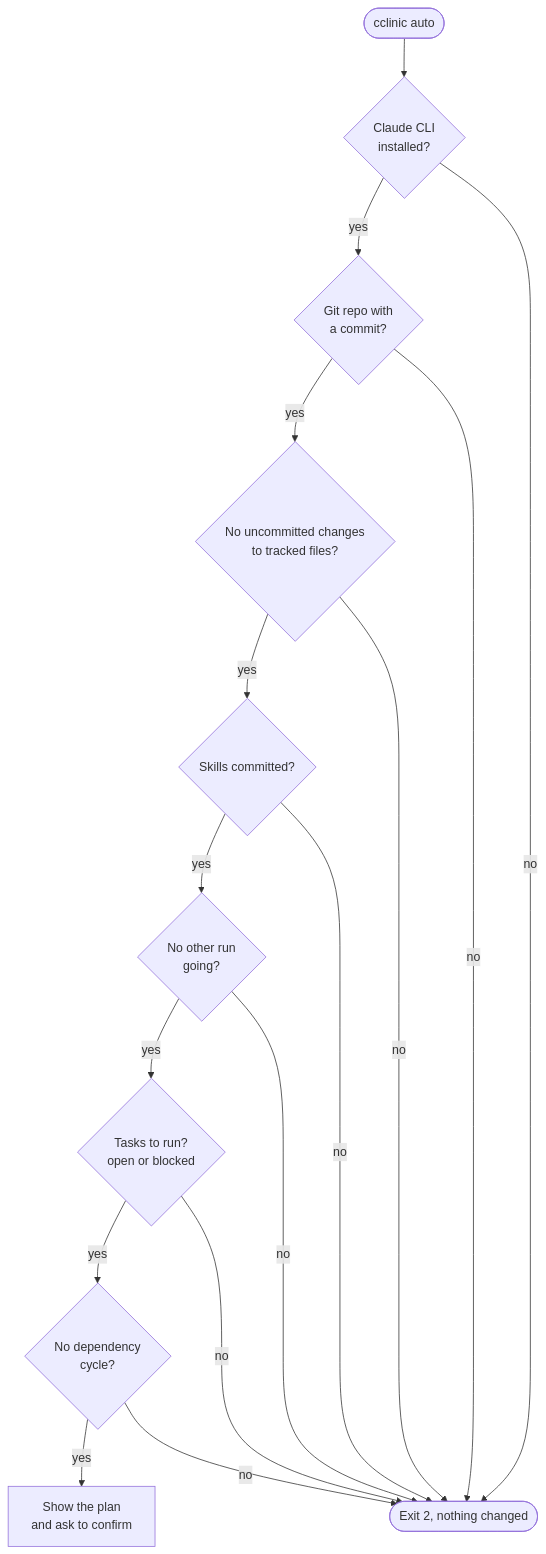
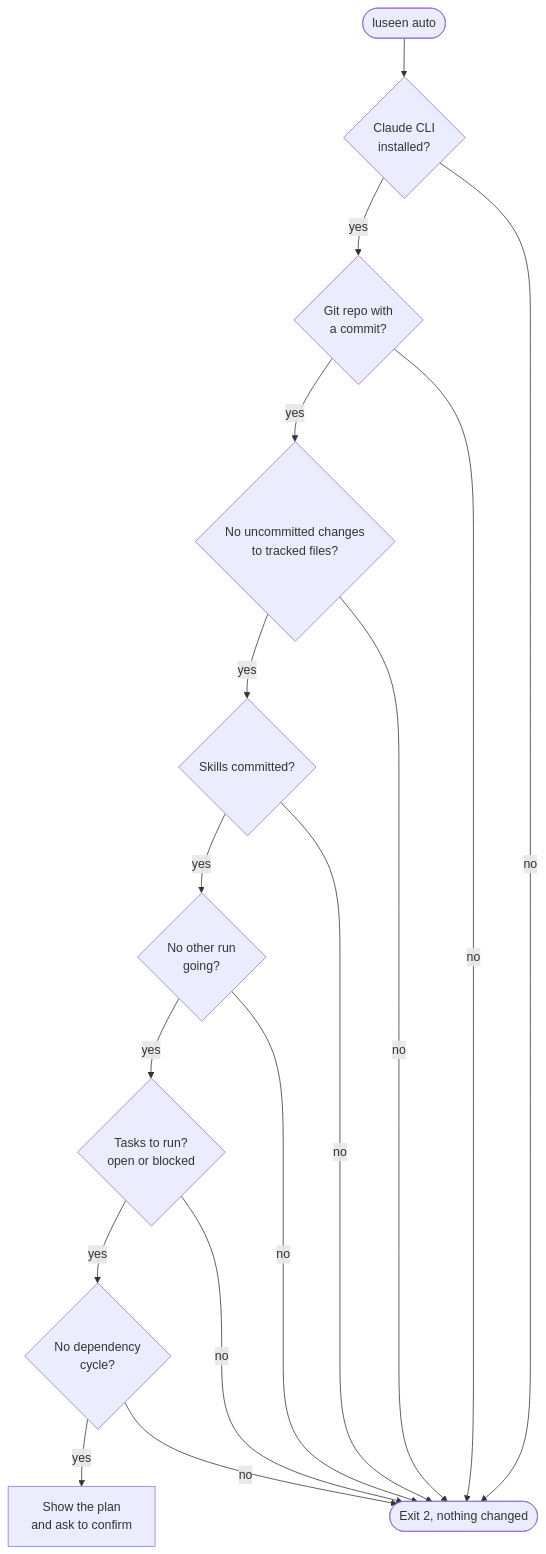
Before and after one commit to Hayko97/cclinic: the third of 10 diagrams in AUTO_FLOW.md, drawn with Mermaid. The commit also changed other lines of this file and 311 other files, not shown here.

````diff
--- a/AUTO_FLOW.md
+++ b/AUTO_FLOW.md
@@ -63,12 +63,12 @@
 ```mermaid
 flowchart TD
-    S([cclinic auto]) --> C1{Claude CLI<br/>installed?}
+    S([luseen auto]) --> C1{Claude CLI<br/>installed?}
     C1 -- yes --> C2{Git repo with<br/>a commit?}
     C2 -- yes --> C3{No uncommitted changes<br/>to tracked files?}
     C3 -- yes --> C4{Skills committed?}
     C4 -- yes --> C5{No other run<br/>going?}
     C5 -- yes --> C6{Tasks to run?<br/>open or blocked}
     C6 -- yes --> C7{No dependency<br/>cycle?}
     C7 -- yes --> Plan[Show the plan<br/>and ask to confirm]
     C1 & C2 & C3 & C4 & C5 & C6 & C7 -- no --> X([Exit 2, nothing changed])
 ```
````
